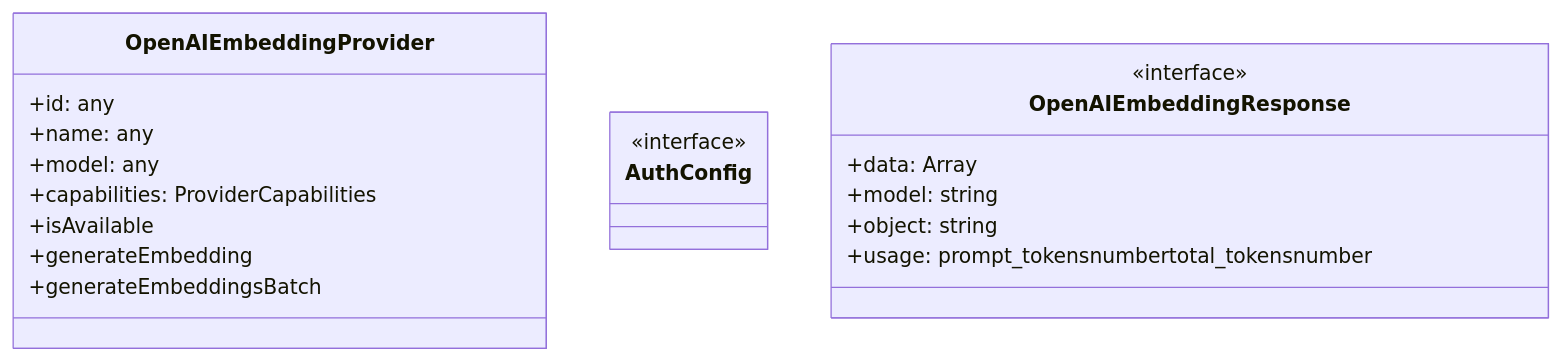
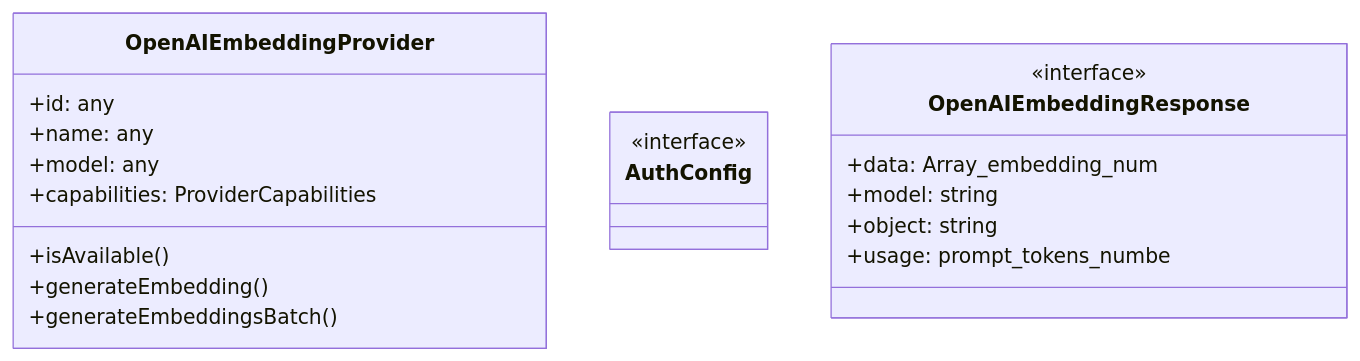
The first of 2 diagrams in ABDD/.pi/lib/embeddings/providers/openai.md (Mekann2904/mekann), drawn with Mermaid before and after one commit. The commit also changed other lines of this file and 174 other files, not shown here.

First line of the commit message:
fix(docs): ABDDのMermaid図生成エラーを修正する

````diff
--- a/ABDD/.pi/lib/embeddings/providers/openai.md
+++ b/ABDD/.pi/lib/embeddings/providers/openai.md
@@ -37,22 +37,22 @@
 ```mermaid
 classDiagram
   class OpenAIEmbeddingProvider {
     +id: any
     +name: any
     +model: any
     +capabilities: ProviderCapabilities
-    +isAvailable
-    +generateEmbedding
-    +generateEmbeddingsBatch
+    +isAvailable()
+    +generateEmbedding()
+    +generateEmbeddingsBatch()
   }
   class AuthConfig {
     <<interface>>
   }
   class OpenAIEmbeddingResponse {
     <<interface>>
-    +data: Array<embeddingnumber[]indexnumberobjectstring>
+    +data: Array_embedding_num
     +model: string
     +object: string
-    +usage: prompt_tokensnumbertotal_tokensnumber
+    +usage: prompt_tokens_numbe
   }
 ```
````
